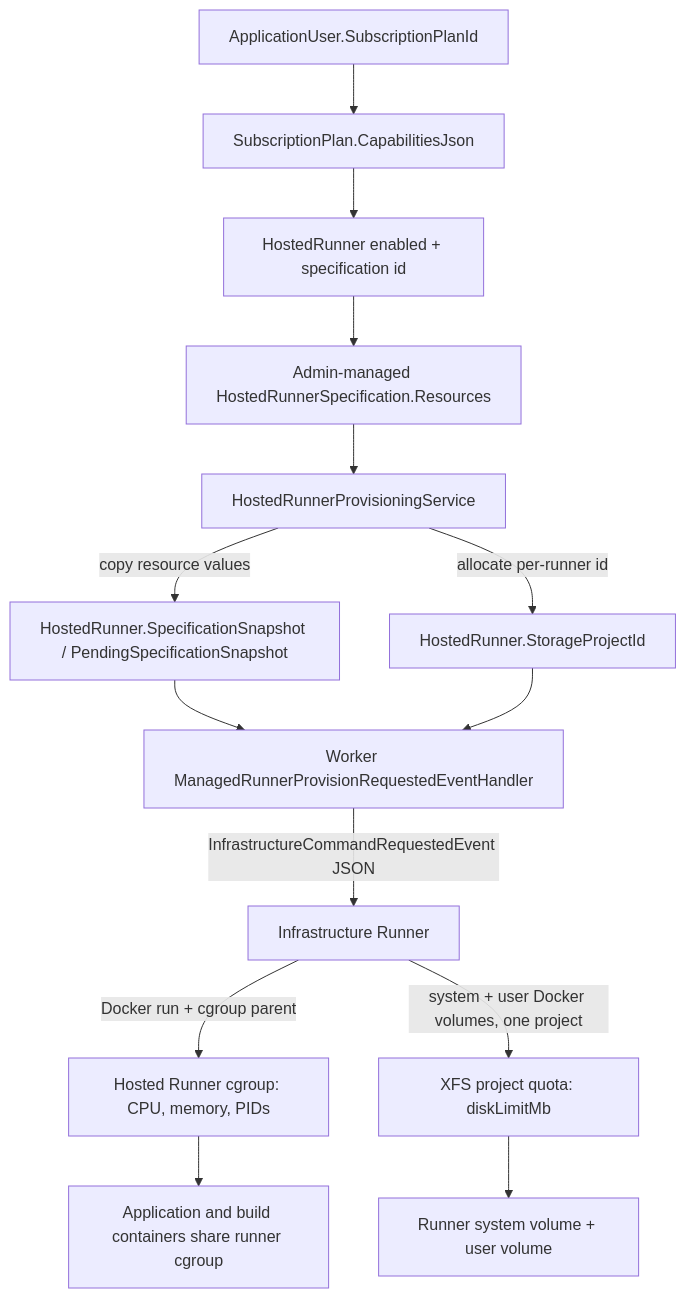
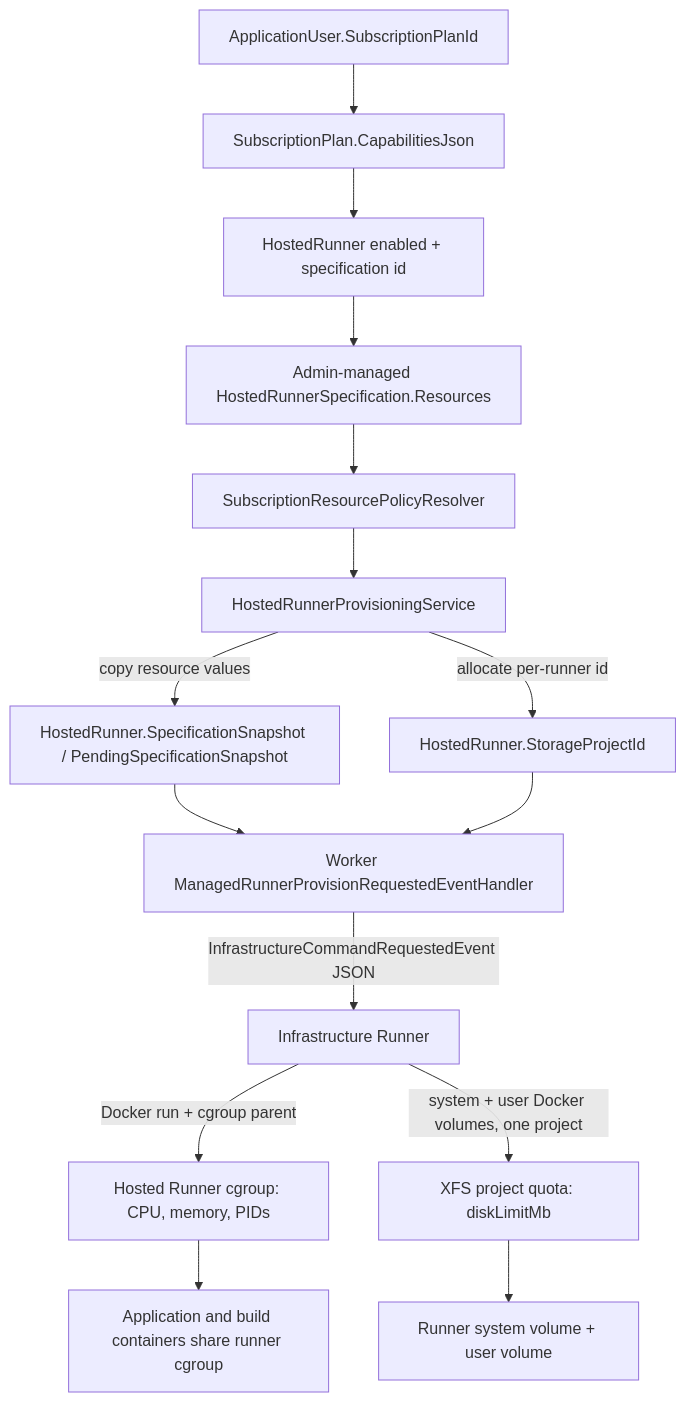
One commit to rzvdaniel/automaton changed the diagram in docs/architecture/subscription-resource-policy-audit.md. Above: the diagram before and after it, drawn with Mermaid. The commit also changed other lines of this file and 8 other files, not shown here.

Commit message:
Introduce authoritative subscription resource policy

````diff
--- a/docs/architecture/subscription-resource-policy-audit.md
+++ b/docs/architecture/subscription-resource-policy-audit.md
@@ -13,16 +15,17 @@
 ```mermaid
 flowchart TD
     U[ApplicationUser.SubscriptionPlanId] --> P[SubscriptionPlan.CapabilitiesJson]
     P --> C[HostedRunner enabled + specification id]
     C --> S[Admin-managed HostedRunnerSpecification.Resources]
-    S --> R[HostedRunnerProvisioningService]
+    S --> PR[SubscriptionResourcePolicyResolver]
+    PR --> R[HostedRunnerProvisioningService]
     R -->|copy resource values| HS[HostedRunner.SpecificationSnapshot / PendingSpecificationSnapshot]
     R -->|allocate per-runner id| SP[HostedRunner.StorageProjectId]
     HS --> W[Worker ManagedRunnerProvisionRequestedEventHandler]
     SP --> W
     W -->|InfrastructureCommandRequestedEvent JSON| IR[Infrastructure Runner]
     IR -->|Docker run + cgroup parent| CG[Hosted Runner cgroup: CPU, memory, PIDs]
     IR -->|system + user Docker volumes, one project| XFS[XFS project quota: diskLimitMb]
     CG --> APP[Application and build containers share runner cgroup]
     XFS --> VOL[Runner system volume + user volume]
 ```
````
